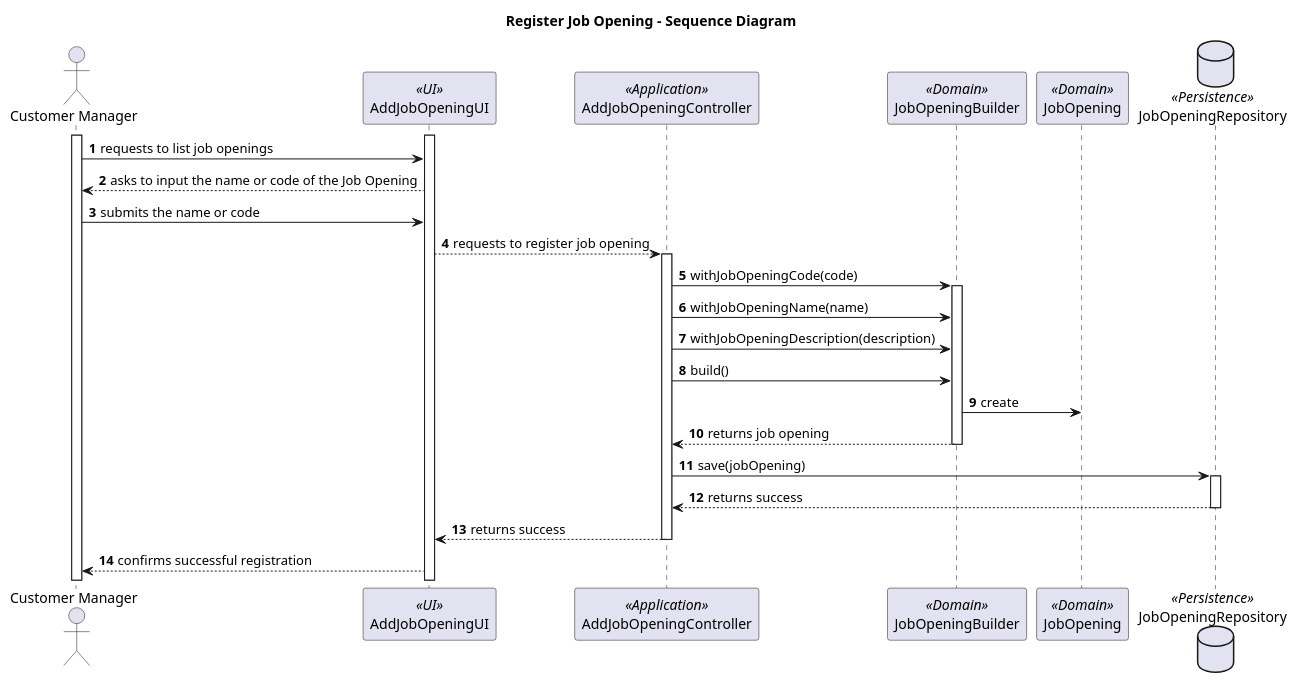
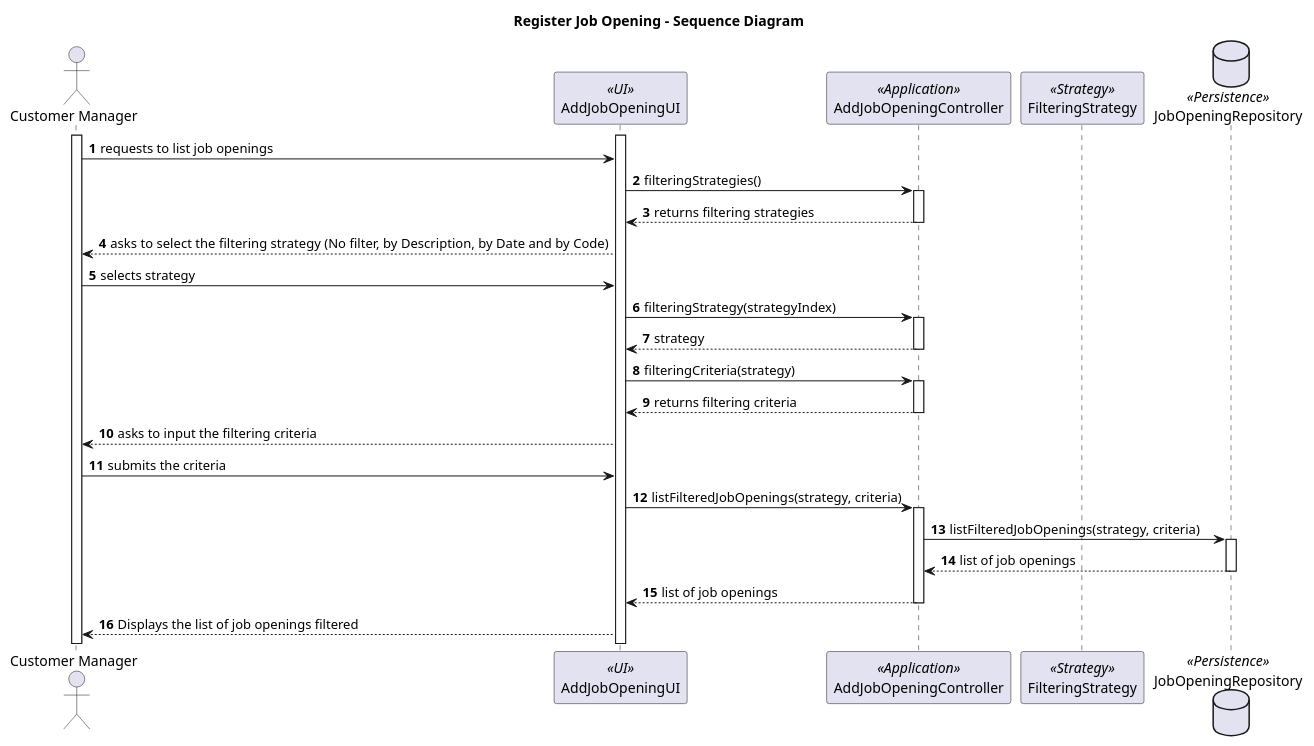
Before and after one commit to marcoferreira37/Lapr4: the diagram in docs/sprintB/1003/1003-sequence-diagram.puml, drawn with PlantUML. The commit also changed 2 other files, not shown here.

```diff
--- a/docs/sprintB/1003/1003-sequence-diagram.puml
+++ b/docs/sprintB/1003/1003-sequence-diagram.puml
@@ -1,50 +1,71 @@
 @startuml
 
 title Register Job Opening - Sequence Diagram
 
 autonumber
 actor "Customer Manager" as M
 participant AddJobOpeningUI  as UI <<UI>>
 participant AddJobOpeningController as Controller <<Application>>
-participant JobOpeningBuilder as JB <<Domain>>
-participant JobOpening as JO <<Domain>>
+participant FilteringStrategy as FS <<Strategy>>
 database JobOpeningRepository as JRepo <<Persistence>>
 
 activate M
 activate UI
 
 M -> UI : requests to list job openings
 
-UI --> M : asks to input the name or code of the Job Opening
-
-M -> UI : submits the name or code
-
-UI --> Controller : requests to register job opening
+UI -> Controller : filteringStrategies()
 
 activate Controller
 
-Controller -> JB: withJobOpeningCode(code)
-activate JB
-Controller -> JB: withJobOpeningName(name)
-Controller -> JB: withJobOpeningDescription(description)
-Controller -> JB: build()
+Controller --> UI : returns filtering strategies
+
+deactivate Controller
 
 
+UI --> M :  asks to select the filtering strategy (No filter, by Description, by Date and by Code)
+
+M -> UI : selects strategy
+
+UI -> Controller : filteringStrategy(strategyIndex)
+
+activate Controller
+
+Controller --> UI : strategy
+
+deactivate Controller
+
+UI -> Controller : filteringCriteria(strategy)
+
+activate Controller
+
+Controller --> UI : returns filtering criteria
+
+deactivate Controller
+
+UI --> M : asks to input the filtering criteria
+
+M -> UI : submits the criteria
+
+UI -> Controller : listFilteredJobOpenings(strategy, criteria)
+
+activate Controller
+
+Controller -> JRepo : listFilteredJobOpenings(strategy, criteria)
+
+activate JRepo
+
+JRepo --> Controller : list of job openings
+
 deactivate JRepo
-JB -> JO: create
-JB --> Controller: returns job opening
-deactivate JB
+
+Controller --> UI : list of job openings
+
+deactivate Controller
+
+UI --> M : Displays the list of job openings filtered
 
 
 
-Controller -> JRepo: save(jobOpening)
-activate JRepo
-
-JRepo --> Controller: returns success
-deactivate JRepo
-Controller --> UI: returns success
-deactivate Controller
-
-UI --> M: confirms successful registration
 
 @enduml
```
